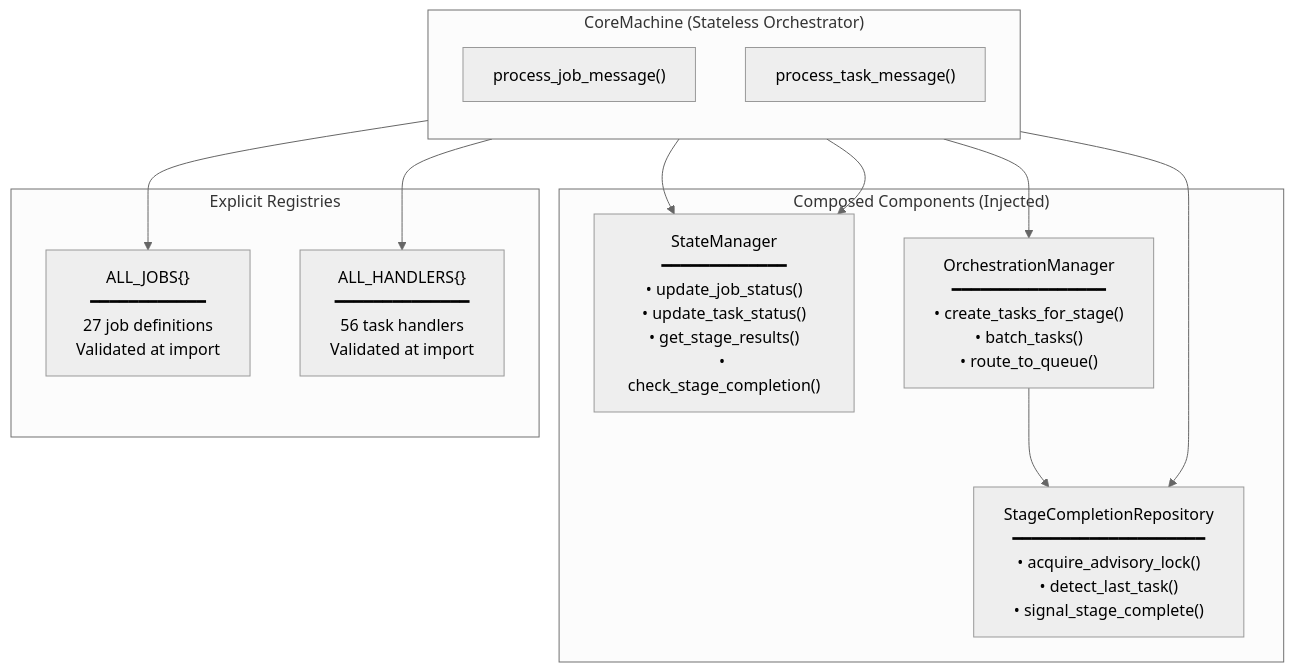
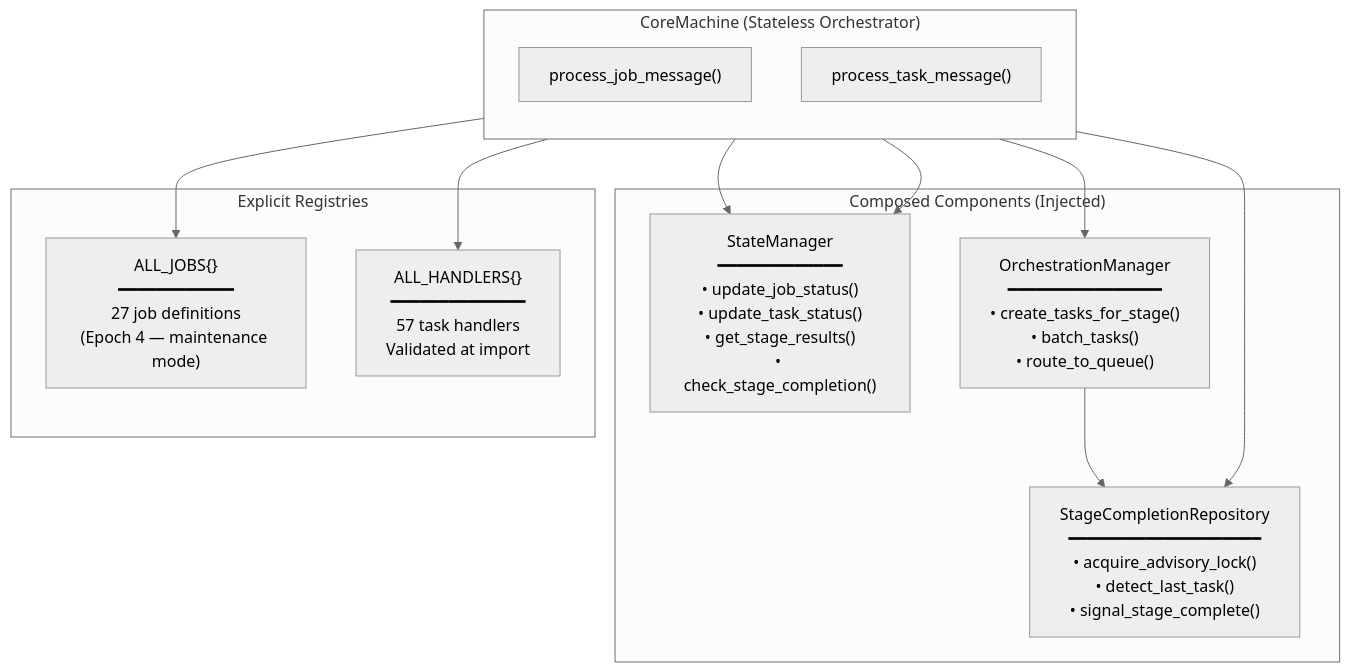
Before and after one commit to rob634/rmhgeoapi: the first of 7 diagrams in ado_wiki/architecture/TECHNICAL_OVERVIEW.md, drawn with Mermaid (neutral theme). The commit also changed other lines of this file and 26 other files, not shown here.

````diff
--- a/ado_wiki/architecture/TECHNICAL_OVERVIEW.md
+++ b/ado_wiki/architecture/TECHNICAL_OVERVIEW.md
@@ -1165,32 +1237,32 @@
 ```mermaid
 flowchart TB
     subgraph CoreMachine["CoreMachine (Stateless Orchestrator)"]
         direction TB
         PJM["process_job_message()"]
         PTM["process_task_message()"]
     end
 
     subgraph Composed["Composed Components (Injected)"]
         SM["StateManager<br/>━━━━━━━━━━━━━<br/>• update_job_status()<br/>• update_task_status()<br/>• get_stage_results()<br/>• check_stage_completion()"]
 
         OM["OrchestrationManager<br/>━━━━━━━━━━━━━━━━<br/>• create_tasks_for_stage()<br/>• batch_tasks()<br/>• route_to_queue()"]
 
         SCR["StageCompletionRepository<br/>━━━━━━━━━━━━━━━━━━━━<br/>• acquire_advisory_lock()<br/>• detect_last_task()<br/>• signal_stage_complete()"]
     end
 
     subgraph Registries["Explicit Registries"]
-        AJ["ALL_JOBS{}<br/>━━━━━━━━━━━━<br/>27 job definitions<br/>Validated at import"]
+        AJ["ALL_JOBS{}<br/>━━━━━━━━━━━━<br/>27 job definitions<br/>(Epoch 4 — maintenance mode)"]
 
-        AH["ALL_HANDLERS{}<br/>━━━━━━━━━━━━━━<br/>56 task handlers<br/>Validated at import"]
+        AH["ALL_HANDLERS{}<br/>━━━━━━━━━━━━━━<br/>57 task handlers<br/>Validated at import"]
     end
 
     PJM --> SM
     PJM --> OM
     PJM --> AJ
 
     PTM --> SM
     PTM --> SCR
     PTM --> AH
 
     OM --> SCR
 ```
````
